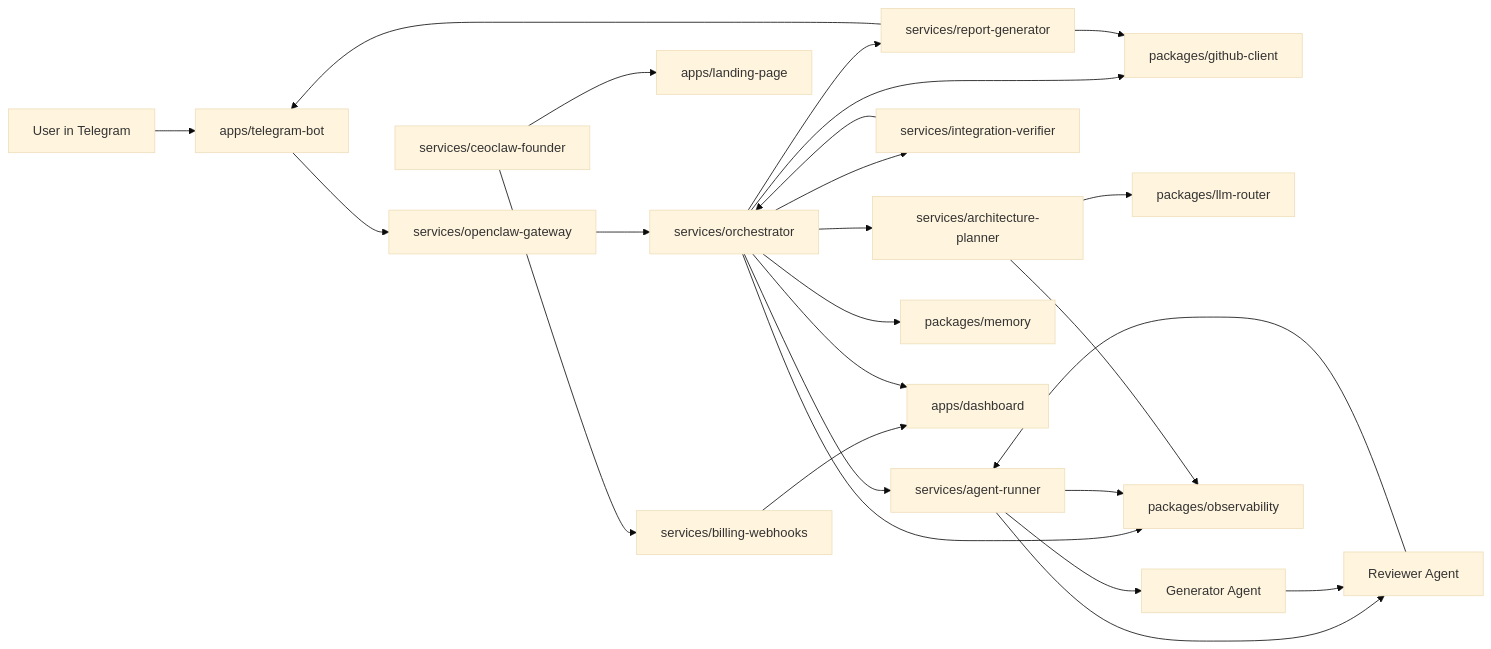
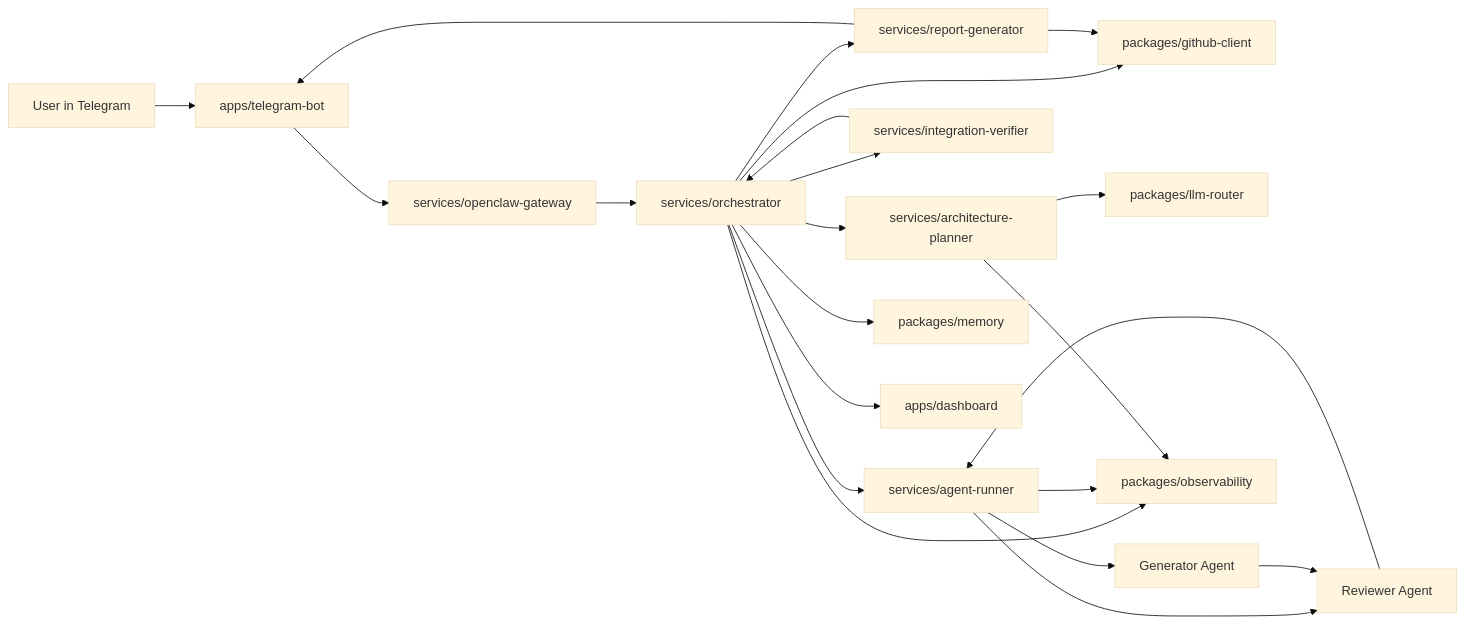
The first of 2 diagrams in docs/architecture/system-architecture.md (agmada-asa/DevClaw), drawn with Mermaid (base theme) before and after one commit. The commit also changed other lines of this file and 37 other files, not shown here.

````diff
--- a/docs/architecture/system-architecture.md
+++ b/docs/architecture/system-architecture.md
@@ -34,32 +29,29 @@
 ```mermaid
 flowchart LR
   U[User in Telegram] --> TB[apps/telegram-bot]
   TB --> GW[services/openclaw-gateway]
   GW --> ORCH[services/orchestrator]
 
   ORCH --> GH[packages/github-client]
   ORCH --> PLAN[services/architecture-planner]
   PLAN --> LLMR[packages/llm-router]
 
   ORCH --> ARUN[services/agent-runner]
   ARUN --> GEN[Generator Agent]
   ARUN --> REV[Reviewer Agent]
   GEN --> REV
   REV --> ARUN
 
   ORCH --> IV[services/integration-verifier]
   IV --> ORCH
   ORCH --> REP[services/report-generator]
   REP --> GH
   REP --> TB
 
   ORCH --> MEM[packages/memory]
   ORCH --> OBS[packages/observability]
   ARUN --> OBS
   PLAN --> OBS
 
-  CFOUND[services/ceoclaw-founder] --> LAND[apps/landing-page]
-  CFOUND --> BILL[services/billing-webhooks]
-  BILL --> DASH[apps/dashboard]
-  ORCH --> DASH
+  ORCH --> DASH[apps/dashboard]
 ```
````
